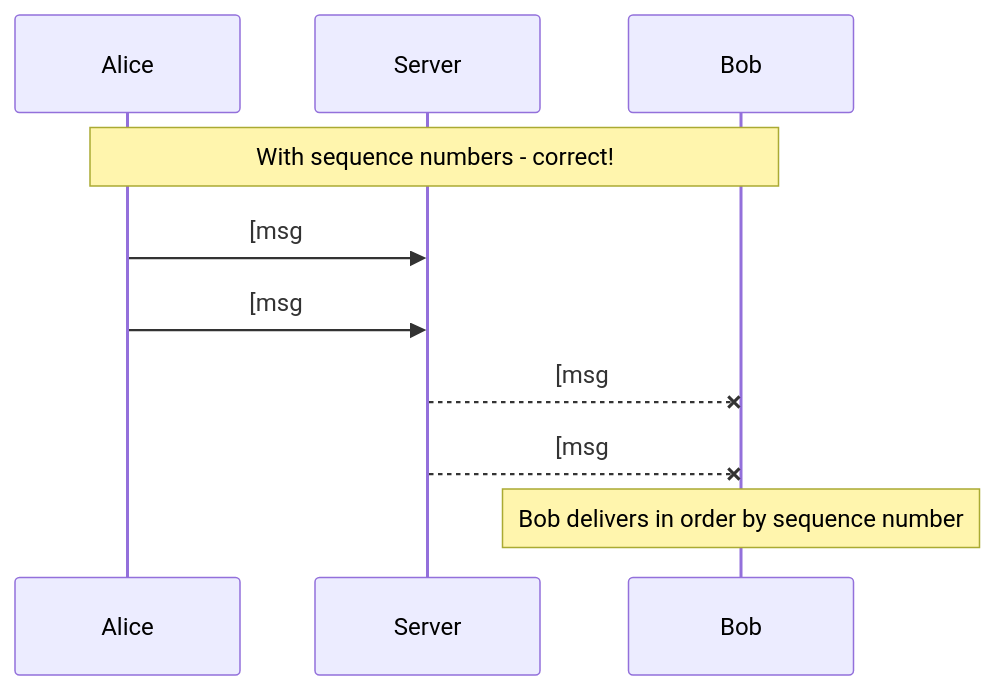
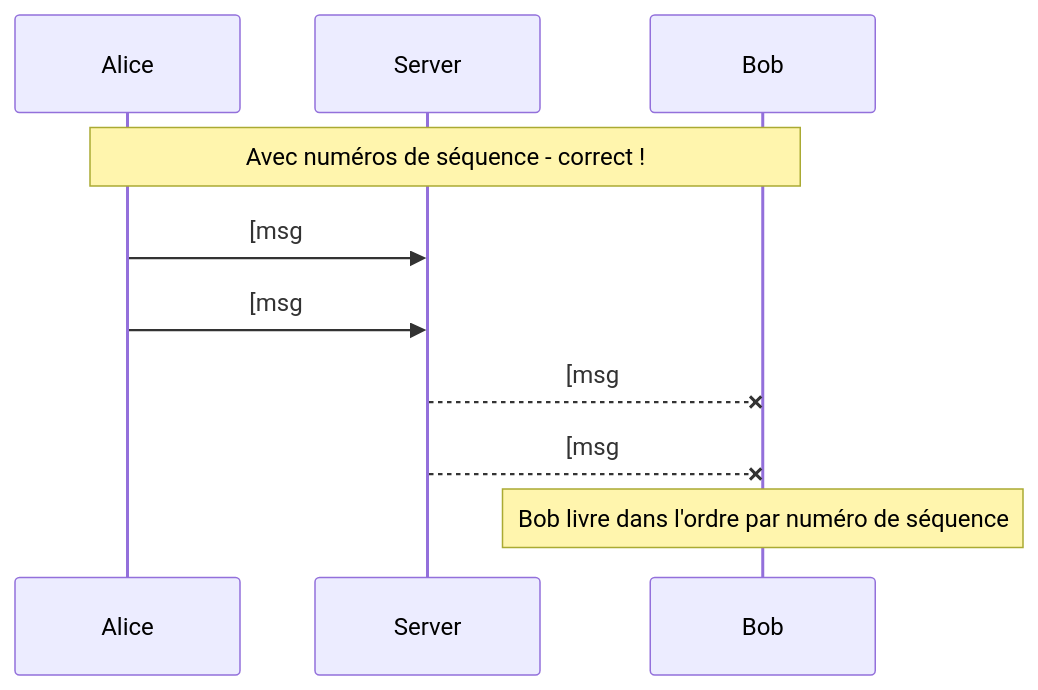
The sixth of 6 diagrams in src/real-time/09-pub-sub.md (dardourimohamed/distributed-systems-course), drawn with Mermaid before and after one commit. The commit also changed other lines of this file and 38 other files, not shown here.

````diff
--- a/src/real-time/09-pub-sub.md
+++ b/src/real-time/09-pub-sub.md
@@ -154,15 +154,15 @@
 ```mermaid
 sequenceDiagram
     participant A as Alice
     participant S as Server
     participant B as Bob
 
-    Note over A,B: With sequence numbers - correct!
+    Note over A,B: Avec numéros de séquence - correct !
     A->>S: [msg#1] "Let's meet at 5pm"
     A->>S: [msg#2] "Never mind, 6pm instead"
 
     S--xB: [msg#1] "Let's meet at 5pm"
     S--xB: [msg#2] "Never mind, 6pm instead"
 
-    Note over B: Bob delivers in order by sequence number
+    Note over B: Bob livre dans l'ordre par numéro de séquence
 ```
````
